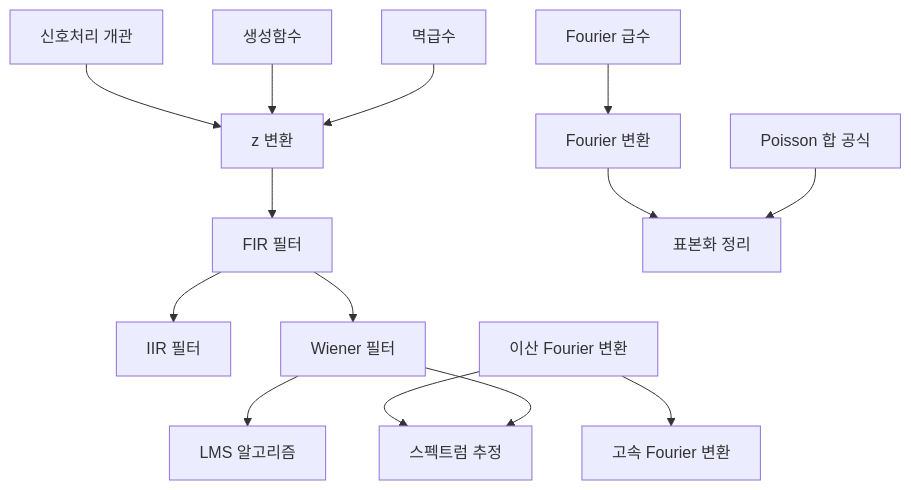
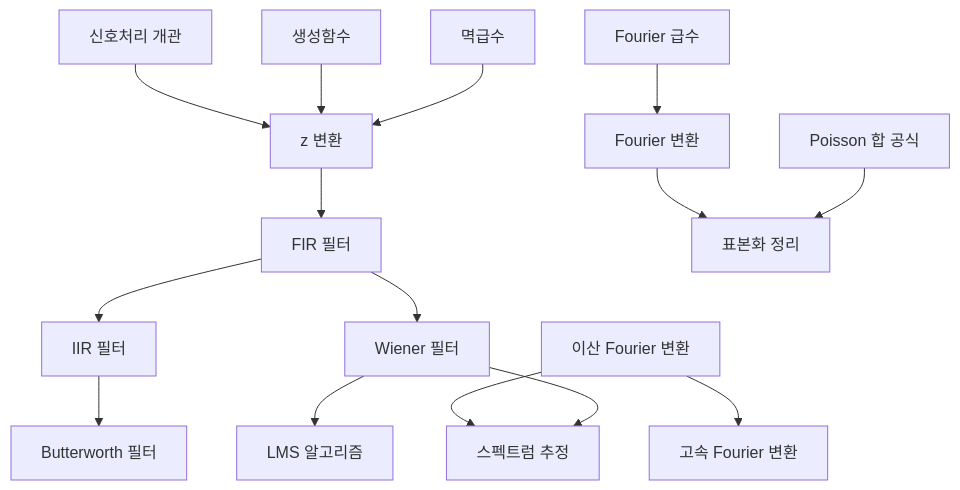
Before and after one commit to Phryxia/math-map: the diagram in docs/signal-processing-overview.md, drawn with Mermaid. The commit also changed other lines of this file and 4 other files, not shown here.

First line of the commit message:
add butterworth-filter under iir-filters and laplace-transform (queue 45dc74f7)

````diff
--- a/docs/signal-processing-overview.md
+++ b/docs/signal-processing-overview.md
@@ -11,16 +11,17 @@
 ```mermaid
 graph TD
   SPO["신호처리 개관"] --> ZT["z 변환"]
   GF["생성함수"] --> ZT
   PS["멱급수"] --> ZT
   ZT --> FIR["FIR 필터"]
   FIR --> IIR["IIR 필터"]
+  IIR --> BW["Butterworth 필터"]
   FIR --> WF["Wiener 필터"]
   WF --> LMS["LMS 알고리즘"]
   FS["Fourier 급수"] --> FT["Fourier 변환"]
   FT --> ST["표본화 정리"]
   PSF["Poisson 합 공식"] --> ST
   DFT["이산 Fourier 변환"] --> FFT["고속 Fourier 변환"]
   DFT --> SE["스펙트럼 추정"]
   WF --> SE
 ```
````
